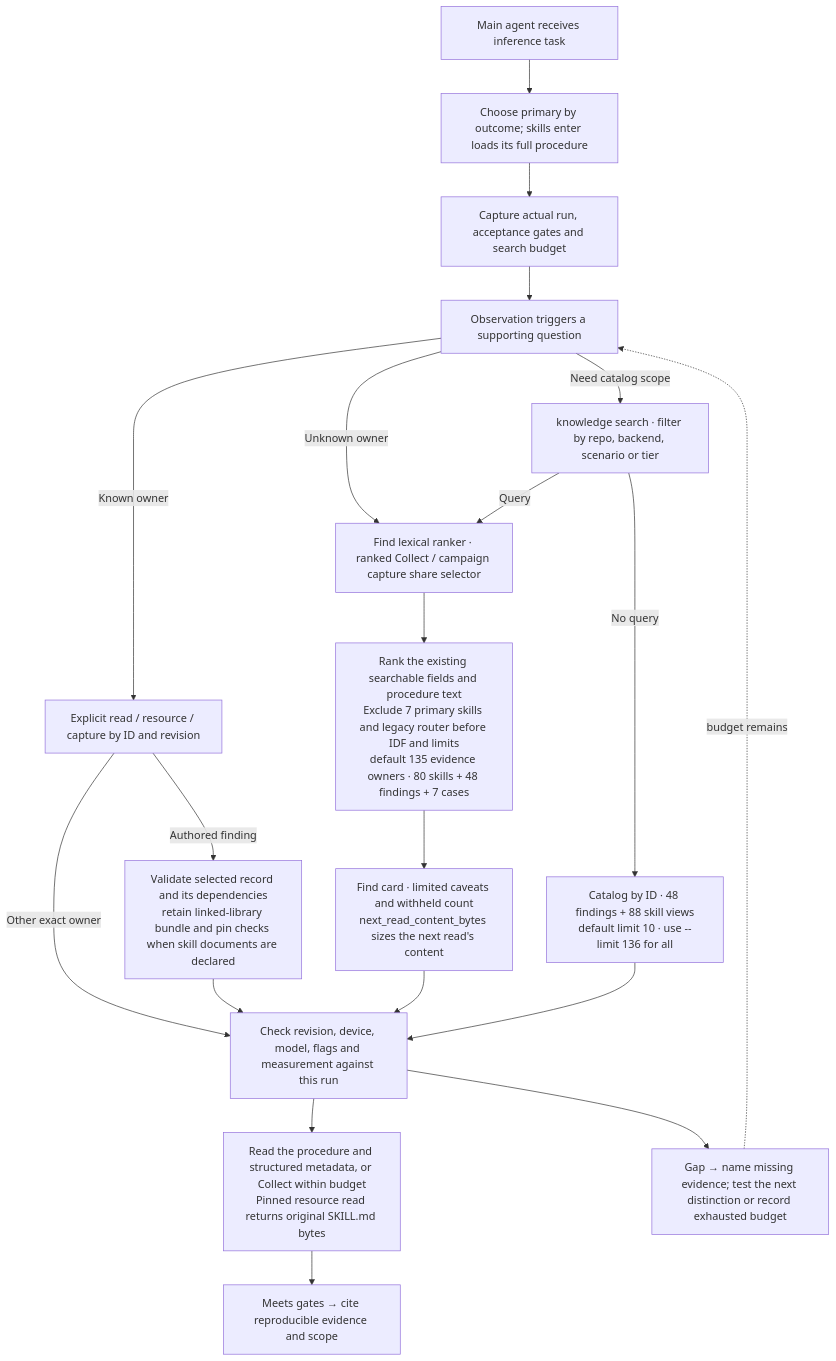
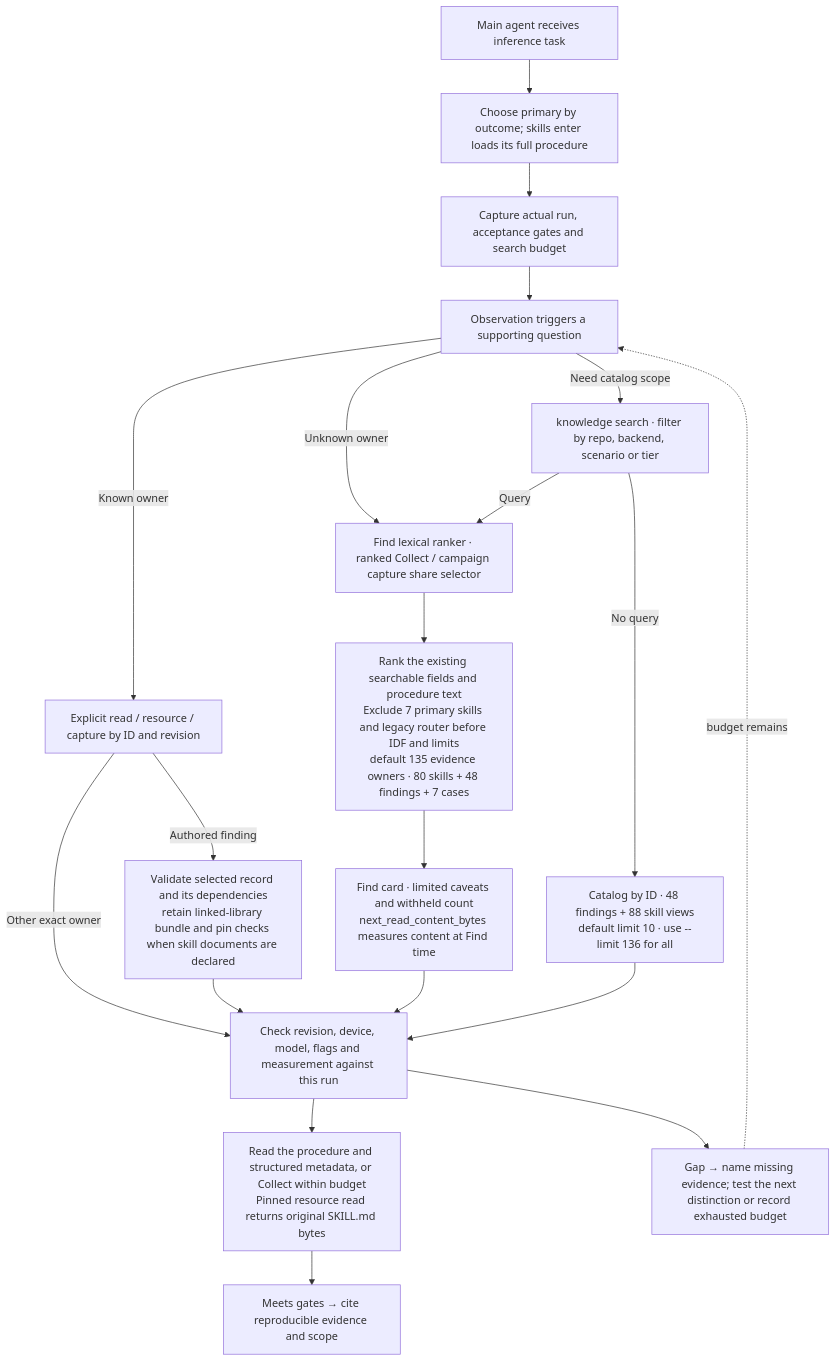
The third of 4 diagrams in docs/knowledge-layout.md (InferMatrixLab/InferRSI), drawn with Mermaid before and after one commit. The commit also changed 3 other files, not shown here.

````diff
--- a/docs/knowledge-layout.md
+++ b/docs/knowledge-layout.md
@@ -48,20 +48,20 @@
 ```mermaid
 flowchart TB
     Q["Main agent receives inference task"] --> P["Choose primary by outcome; skills enter loads its full procedure"]
     P --> R["Capture actual run, acceptance gates and search budget"]
     R --> D["Observation triggers a supporting question"]
     D -->|Known owner| I["Explicit read / resource / capture by ID and revision"]
     D -->|Unknown owner| F["Find lexical ranker · ranked Collect / campaign capture share selector"]
     D -->|Need catalog scope| C["knowledge search · filter by repo, backend, scenario or tier"]
     C -->|Query| F
     C -->|No query| B["Catalog by ID · 48 findings + 88 skill views<br/>default limit 10 · use --limit 136 for all"]
     F --> A["Rank the existing searchable fields and procedure text<br/>Exclude 7 primary skills and legacy router before IDF and limits<br/>default 135 evidence owners · 80 skills + 48 findings + 7 cases"]
     I -->|Authored finding| E["Validate selected record and its dependencies<br/>retain linked-library bundle and pin checks when skill documents are declared"]
     I -->|Other exact owner| V["Check revision, device, model, flags and measurement against this run"]
-    A --> H["Find card · limited caveats and withheld count<br/>next_read_content_bytes sizes the next read's content"]
+    A --> H["Find card · limited caveats and withheld count<br/>next_read_content_bytes measures content at Find time"]
     E & H & B --> V
     V --> Z["Read the procedure and structured metadata, or Collect within budget<br/>Pinned resource read returns original SKILL.md bytes"]
     Z --> X["Meets gates → cite reproducible evidence and scope"]
     V --> G["Gap → name missing evidence; test the next distinction or record exhausted budget"]
     G -.->|budget remains| D
 ```
````
